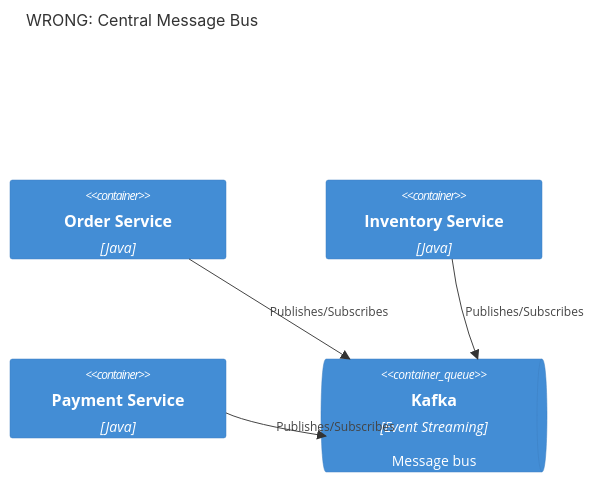
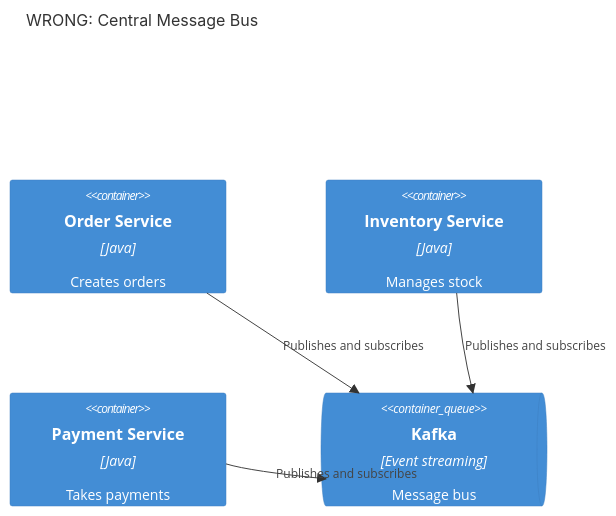
The fifth of 10 diagrams in dist/plugins/c4-architecture/skills/c4-architecture/references/common-mistakes.md (castocolina/agent-toolkit), drawn with Mermaid before and after one commit. The commit also changed other lines of this file and 1013 other files, not shown here.

````diff
--- a/dist/plugins/c4-architecture/skills/c4-architecture/references/common-mistakes.md
+++ b/dist/plugins/c4-architecture/skills/c4-architecture/references/common-mistakes.md
@@ -119,13 +66,11 @@
 ```mermaid
 C4Container
   title WRONG: Central Message Bus
-
-  Container(orderSvc, "Order Service", "Java")
-  Container(inventorySvc, "Inventory Service", "Java")
-  Container(paymentSvc, "Payment Service", "Java")
-  ContainerQueue(kafka, "Kafka", "Event Streaming", "Message bus")
-
-  Rel(orderSvc, kafka, "Publishes/Subscribes")
-  Rel(inventorySvc, kafka, "Publishes/Subscribes")
-  Rel(paymentSvc, kafka, "Publishes/Subscribes")
+  Container(orderSvc, "Order Service", "Java", "Creates orders")
+  Container(inventorySvc, "Inventory Service", "Java", "Manages stock")
+  Container(paymentSvc, "Payment Service", "Java", "Takes payments")
+  ContainerQueue(kafka, "Kafka", "Event streaming", "Message bus")
+  Rel(orderSvc, kafka, "Publishes and subscribes")
+  Rel(inventorySvc, kafka, "Publishes and subscribes")
+  Rel(paymentSvc, kafka, "Publishes and subscribes")
 ```
````
